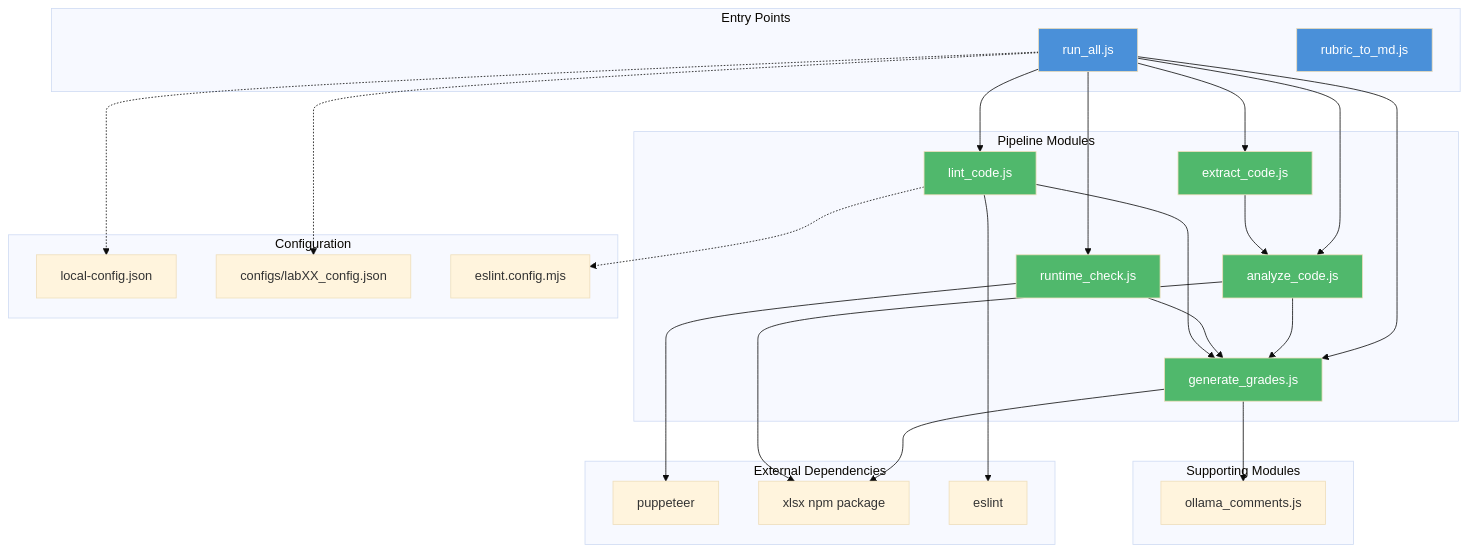
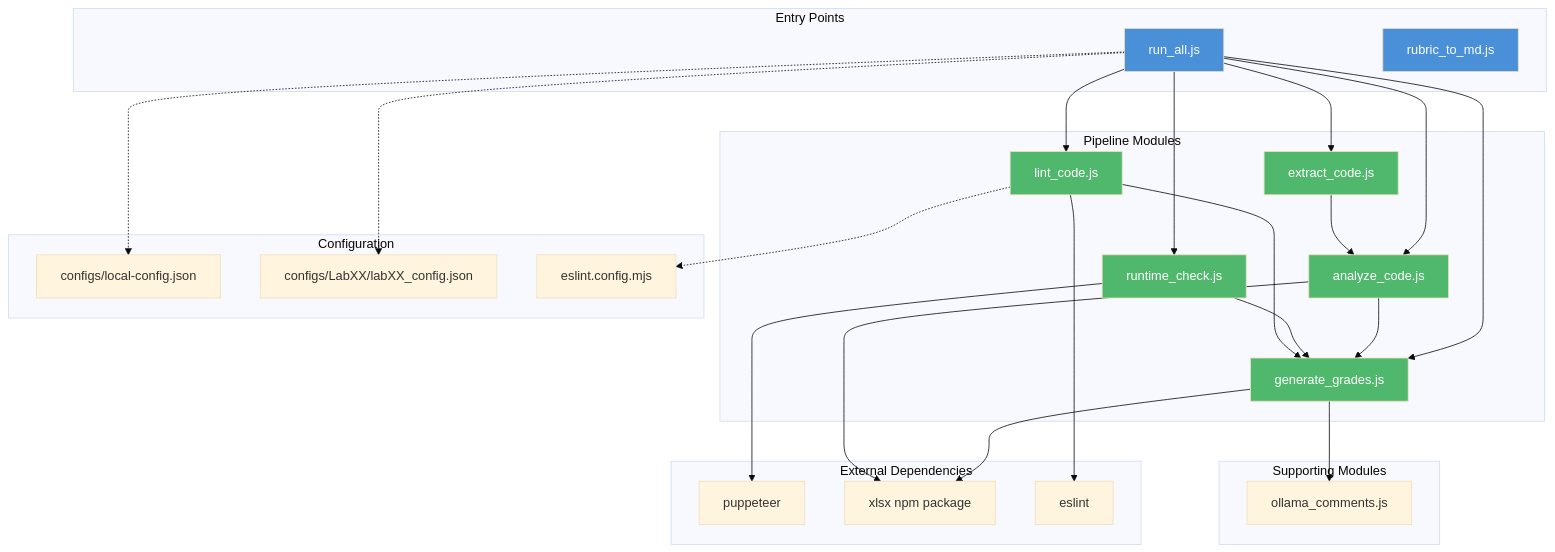
One commit to ProfBird/CS233JS-AI_Grading changed the first of 5 diagrams in DEVELOPER_GUIDE.md. Above: the diagram before and after it, drawn with Mermaid (base theme). The commit also changed other lines of this file and 18 other files, not shown here.

````diff
--- a/DEVELOPER_GUIDE.md
+++ b/DEVELOPER_GUIDE.md
@@ -13,66 +13,66 @@
 ```mermaid
 graph TD
     subgraph "Entry Points"
         run_all[run_all.js]
         rubric_to_md[rubric_to_md.js]
     end
 
     subgraph "Pipeline Modules"
         extract[extract_code.js]
         runtime[runtime_check.js]
         analyze[analyze_code.js]
         lint[lint_code.js]
         grades[generate_grades.js]
     end
 
     subgraph "Supporting Modules"
         ollama[ollama_comments.js]
     end
 
     subgraph "External Dependencies"
         puppeteer
         xlsx_npm[xlsx npm package]
         eslint
     end
 
     subgraph "Configuration"
-        local_config[local-config.json]
-        lab_configs[configs/labXX_config.json]
+        local_config[configs/local-config.json]
+        lab_configs[configs/LabXX/labXX_config.json]
         eslint_config[eslint.config.mjs]
     end
 
     %% Entry → Pipeline
     run_all --> extract
     run_all --> runtime
     run_all --> analyze
     run_all --> lint
     run_all --> grades
 
     %% Config loading
     run_all -.-> local_config
     run_all -.-> lab_configs
 
     %% Module internal deps
     grades --> ollama
 
     %% External deps
     runtime --> puppeteer
     grades --> xlsx_npm
     analyze --> xlsx_npm
     lint --> eslint
     lint -.-> eslint_config
 
     %% Data flow direction (for readability)
     extract --> analyze
     analyze --> grades
     runtime --> grades
     lint --> grades
 
     style run_all fill:#4a90d9,color:#fff
     style rubric_to_md fill:#4a90d9,color:#fff
     style extract fill:#50b86c,color:#fff
     style runtime fill:#50b86c,color:#fff
     style analyze fill:#50b86c,color:#fff
     style lint fill:#50b86c,color:#fff
     style grades fill:#50b86c,color:#fff
 ```
````
